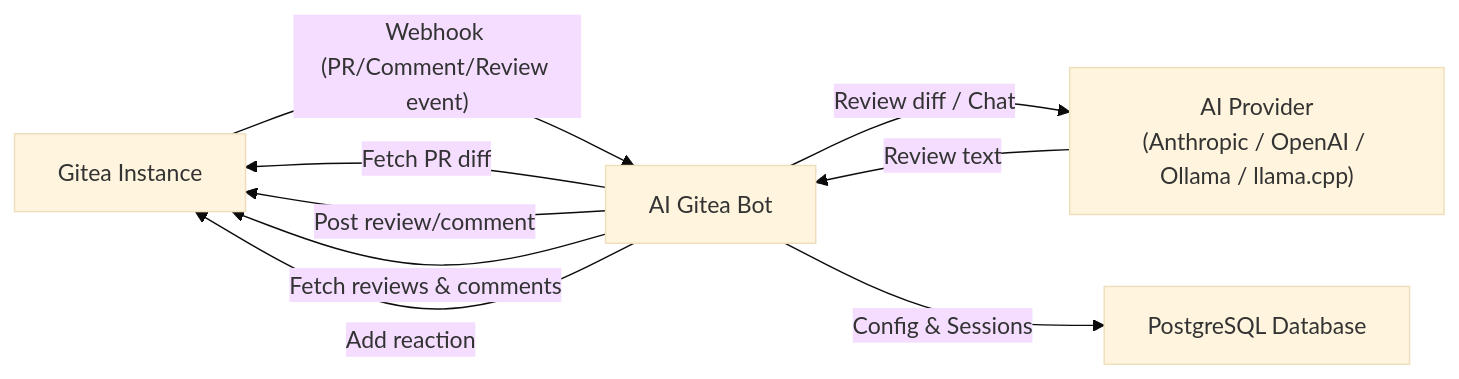
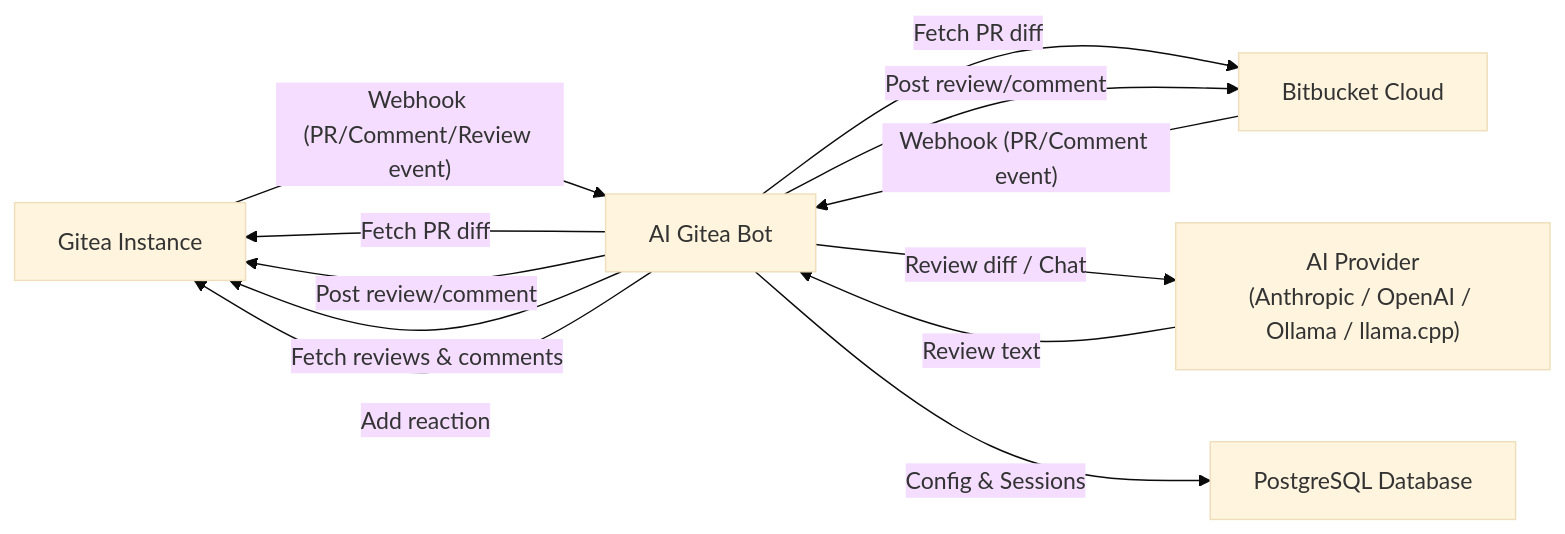
One commit to Dakraid/ai-git-bot changed the first of 7 diagrams in doc/ARCHITECTURE.md. Above: the diagram before and after it, drawn with Mermaid (base theme). The commit also changed other lines of this file and 9 other files, not shown here.

First line of the commit message:
Add Bitbucket Cloud integration as 2nd git provider

````diff
--- a/doc/ARCHITECTURE.md
+++ b/doc/ARCHITECTURE.md
@@ -7,16 +7,20 @@
 ```mermaid
 graph LR
     Gitea["Gitea Instance"]
+    Bitbucket["Bitbucket Cloud"]
     Bot["AI Gitea Bot"]
     AI["AI Provider<br/>(Anthropic / OpenAI / Ollama / llama.cpp)"]
     DB["PostgreSQL Database"]
 
     Gitea -- "Webhook (PR/Comment/Review event)" --> Bot
     Bot -- "Fetch PR diff" --> Gitea
     Bot -- "Post review/comment" --> Gitea
     Bot -- "Fetch reviews & comments" --> Gitea
     Bot -- "Add reaction" --> Gitea
+    Bitbucket -- "Webhook (PR/Comment event)" --> Bot
+    Bot -- "Fetch PR diff" --> Bitbucket
+    Bot -- "Post review/comment" --> Bitbucket
     Bot -- "Review diff / Chat" --> AI
     AI -- "Review text" --> Bot
     Bot -- "Config & Sessions" --> DB
 ```
````
